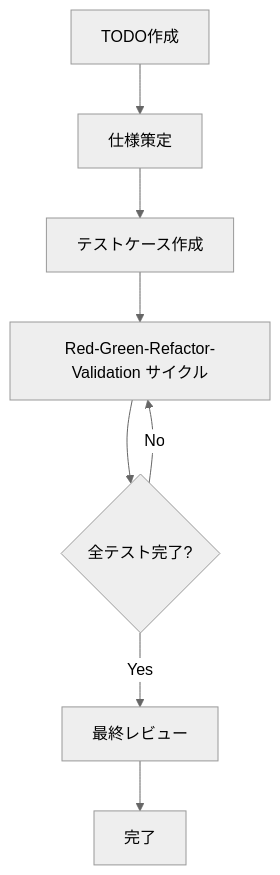
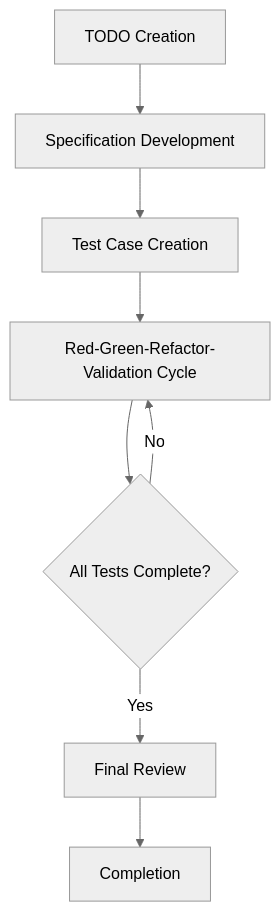
The second of 2 diagrams in book/03-process/01-extended-tdd-flow.md (dovanhuy2298/tsumiki-en), drawn with Mermaid (neutral theme) before and after one commit. The commit also changed other lines of this file and 19 other files, not shown here.

````diff
--- a/book/03-process/01-extended-tdd-flow.md
+++ b/book/03-process/01-extended-tdd-flow.md
@@ -253,10 +253,10 @@
 ```mermaid
 graph TD
-    A[TODO作成] --> B[仕様策定]
-    B --> C[テストケース作成]
-    C --> D[Red-Green-Refactor-Validation サイクル]
-    D --> E{全テスト完了?}
+    A[TODO Creation] --> B[Specification Development]
+    B --> C[Test Case Creation]
+    C --> D[Red-Green-Refactor-Validation Cycle]
+    D --> E{All Tests Complete?}
     E -->|No| D
-    E -->|Yes| F[最終レビュー]
-    F --> G[完了]
+    E -->|Yes| F[Final Review]
+    F --> G[Completion]
 ```
````
